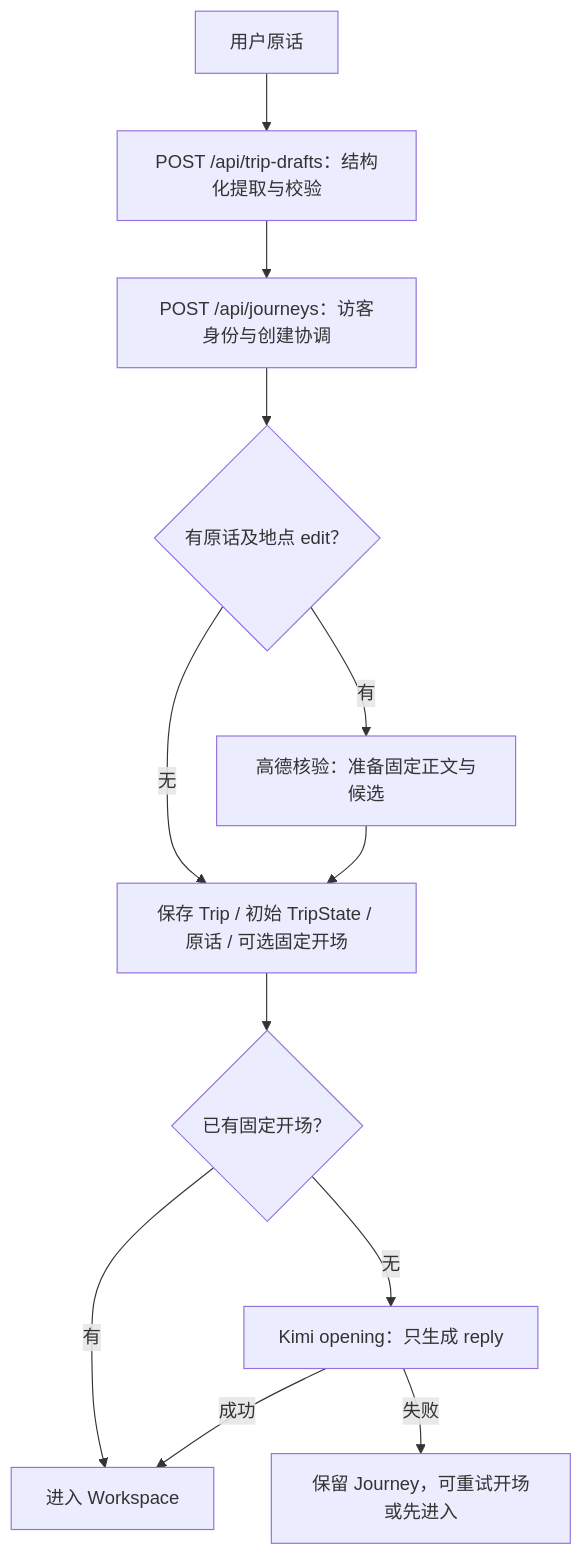
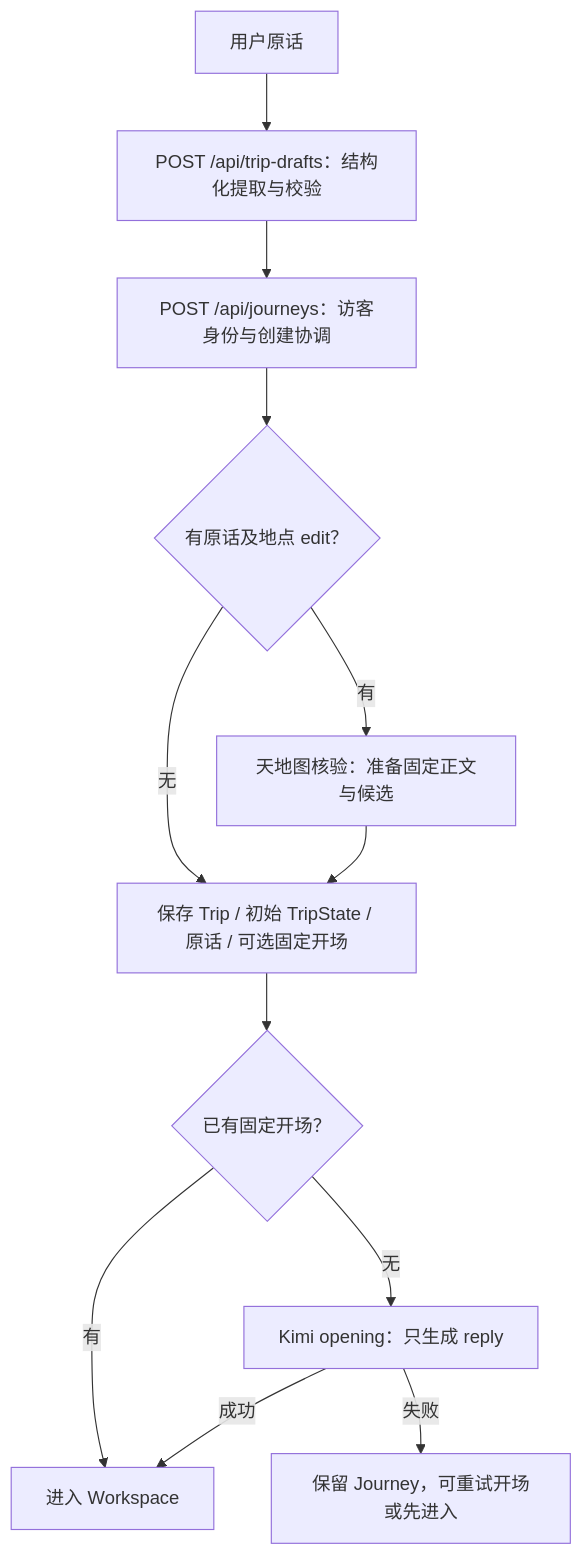
One commit to meiyulin22/Meri-Road-Trip changed the third of 6 diagrams in docs/ARCHITECTURE.md. Above: the diagram before and after it, drawn with Mermaid. The commit also changed other lines of this file and 61 other files, not shown here.

````diff
--- a/docs/ARCHITECTURE.md
+++ b/docs/ARCHITECTURE.md
@@ -165,14 +162,14 @@
 ```mermaid
 flowchart TD
   idea[用户原话] --> draft[POST /api/trip-drafts：结构化提取与校验]
   draft --> create[POST /api/journeys：访客身份与创建协调]
   create --> edit{有原话及地点 edit？}
-  edit -->|有| resolve[高德核验：准备固定正文与候选]
+  edit -->|有| resolve[天地图核验：准备固定正文与候选]
   edit -->|无| save[保存 Trip / 初始 TripState / 原话 / 可选固定开场]
   resolve --> save
   save --> opening{已有固定开场？}
   opening -->|有| workspace[进入 Workspace]
   opening -->|无| model[Kimi opening：只生成 reply]
   model -->|成功| workspace
   model -->|失败| retry[保留 Journey，可重试开场或先进入]
 ```
````
